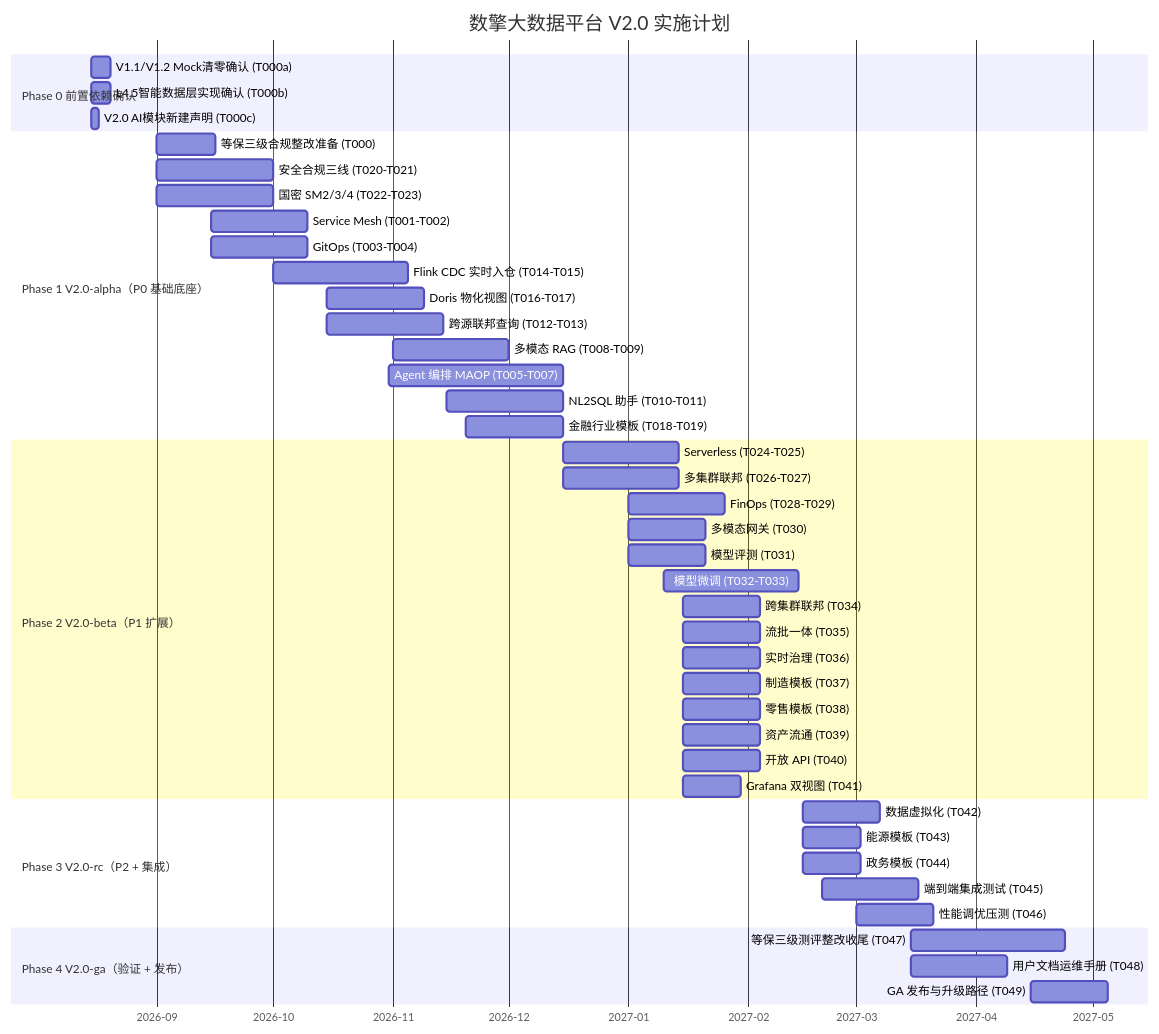
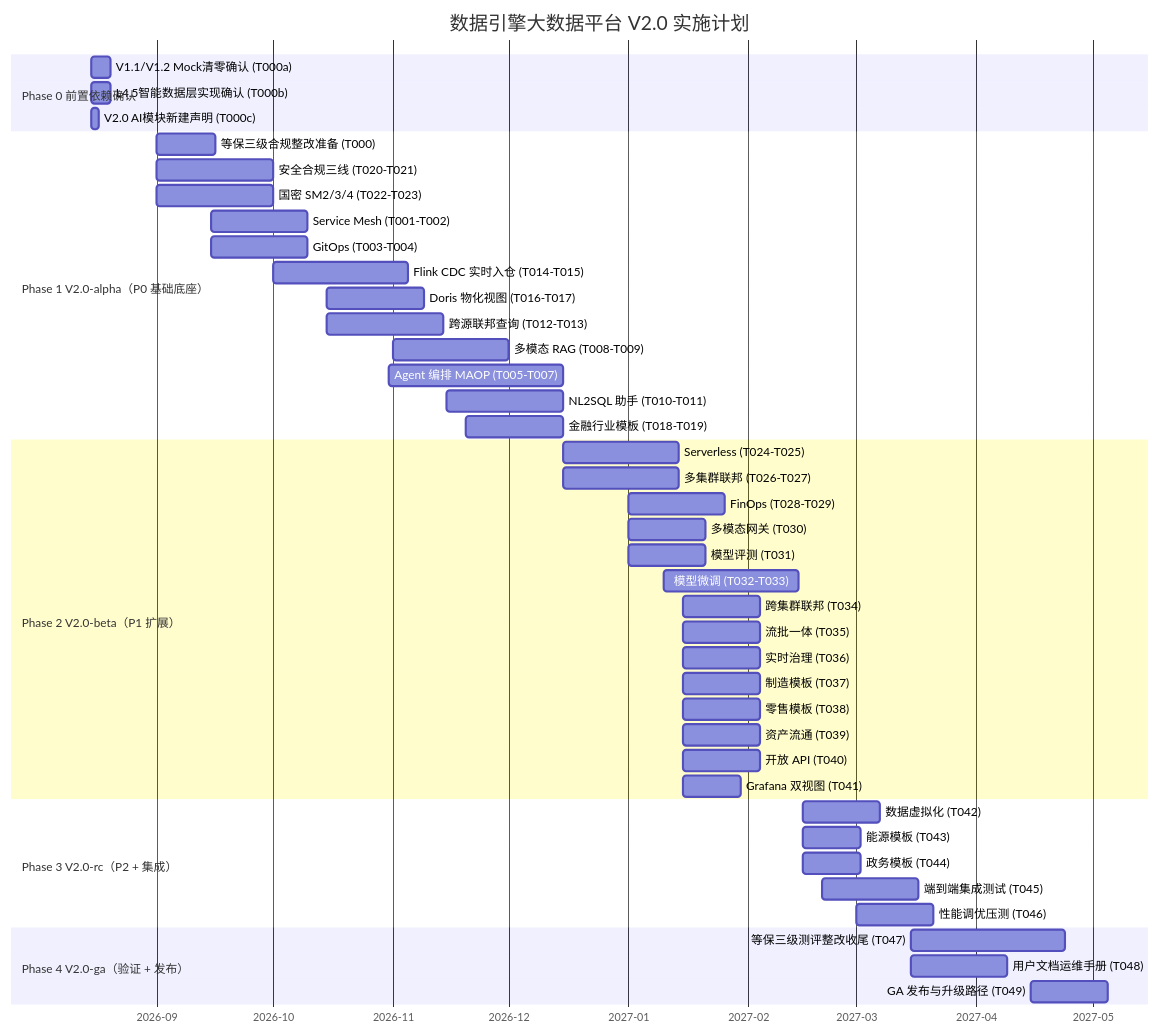
Before and after one commit to Levango7/DataEngineBDP: the first of 3 diagrams in design/v2.0/V2.0_实施计划.md, drawn with Mermaid. The commit also changed other lines of this file and 1923 other files, not shown here.

````diff
--- a/design/v2.0/V2.0_实施计划.md
+++ b/design/v2.0/V2.0_实施计划.md
@@ -32,53 +32,53 @@
 ```mermaid
 gantt
-    title 数擎大数据平台 V2.0 实施计划
+    title 数据引擎大数据平台 V2.0 实施计划
     dateFormat YYYY-MM-DD
     axisFormat %Y-%m
 
     section Phase 0 前置依赖确认
     V1.1/V1.2 Mock清零确认 (T000a)   :p0a, 2026-08-15, 5d
     L4.5智能数据层实现确认 (T000b)   :p0b, 2026-08-15, 5d
     V2.0 AI模块新建声明 (T000c)      :p0c, 2026-08-15, 2d
 
     section Phase 1 V2.0-alpha（P0 基础底座）
     等保三级合规整改准备 (T000)      :p1z, 2026-09-01, 15d
     安全合规三线 (T020-T021)       :p1a, 2026-09-01, 30d
     国密 SM2/3/4 (T022-T023)       :p1b, 2026-09-01, 30d
     Service Mesh (T001-T002)       :p1c, 2026-09-15, 25d
     GitOps (T003-T004)             :p1d, 2026-09-15, 25d
     Flink CDC 实时入仓 (T014-T015) :p1e, 2026-10-01, 35d
     Doris 物化视图 (T016-T017)     :p1f, 2026-10-15, 25d
     跨源联邦查询 (T012-T013)       :p1g, 2026-10-15, 30d
     多模态 RAG (T008-T009)         :p1h, 2026-11-01, 30d
     Agent 编排 MAOP (T005-T007)    :p1i, 2026-10-31, 45d
     NL2SQL 助手 (T010-T011)        :p1j, 2026-11-15, 30d
     金融行业模板 (T018-T019)       :p1k, 2026-11-20, 25d
 
     section Phase 2 V2.0-beta（P1 扩展）
     Serverless (T024-T025)         :p2a, 2026-12-15, 30d
     多集群联邦 (T026-T027)         :p2b, 2026-12-15, 30d
     FinOps (T028-T029)             :p2c, 2027-01-01, 25d
     多模态网关 (T030)              :p2d, 2027-01-01, 20d
     模型评测 (T031)                :p2e, 2027-01-01, 20d
     模型微调 (T032-T033)           :p2f, 2027-01-10, 35d
     跨集群联邦 (T034)              :p2g, 2027-01-15, 20d
     流批一体 (T035)                :p2h, 2027-01-15, 20d
     实时治理 (T036)                :p2i, 2027-01-15, 20d
     制造模板 (T037)                :p2j, 2027-01-15, 20d
     零售模板 (T038)                :p2k, 2027-01-15, 20d
     资产流通 (T039)                :p2l, 2027-01-15, 20d
     开放 API (T040)                :p2m, 2027-01-15, 20d
     Grafana 双视图 (T041)          :p2n, 2027-01-15, 15d
 
     section Phase 3 V2.0-rc（P2 + 集成）
     数据虚拟化 (T042)              :p3a, 2027-02-15, 20d
     能源模板 (T043)                :p3b, 2027-02-15, 15d
     政务模板 (T044)                :p3c, 2027-02-15, 15d
     端到端集成测试 (T045)          :p3d, 2027-02-20, 25d
     性能调优压测 (T046)            :p3e, 2027-03-01, 20d
 
     section Phase 4 V2.0-ga（验证 + 发布）
     等保三级测评整改收尾 (T047)    :p4a, 2027-03-15, 40d
     用户文档运维手册 (T048)        :p4b, 2027-03-15, 25d
     GA 发布与升级路径 (T049)       :p4c, 2027-04-15, 20d
 ```
````
